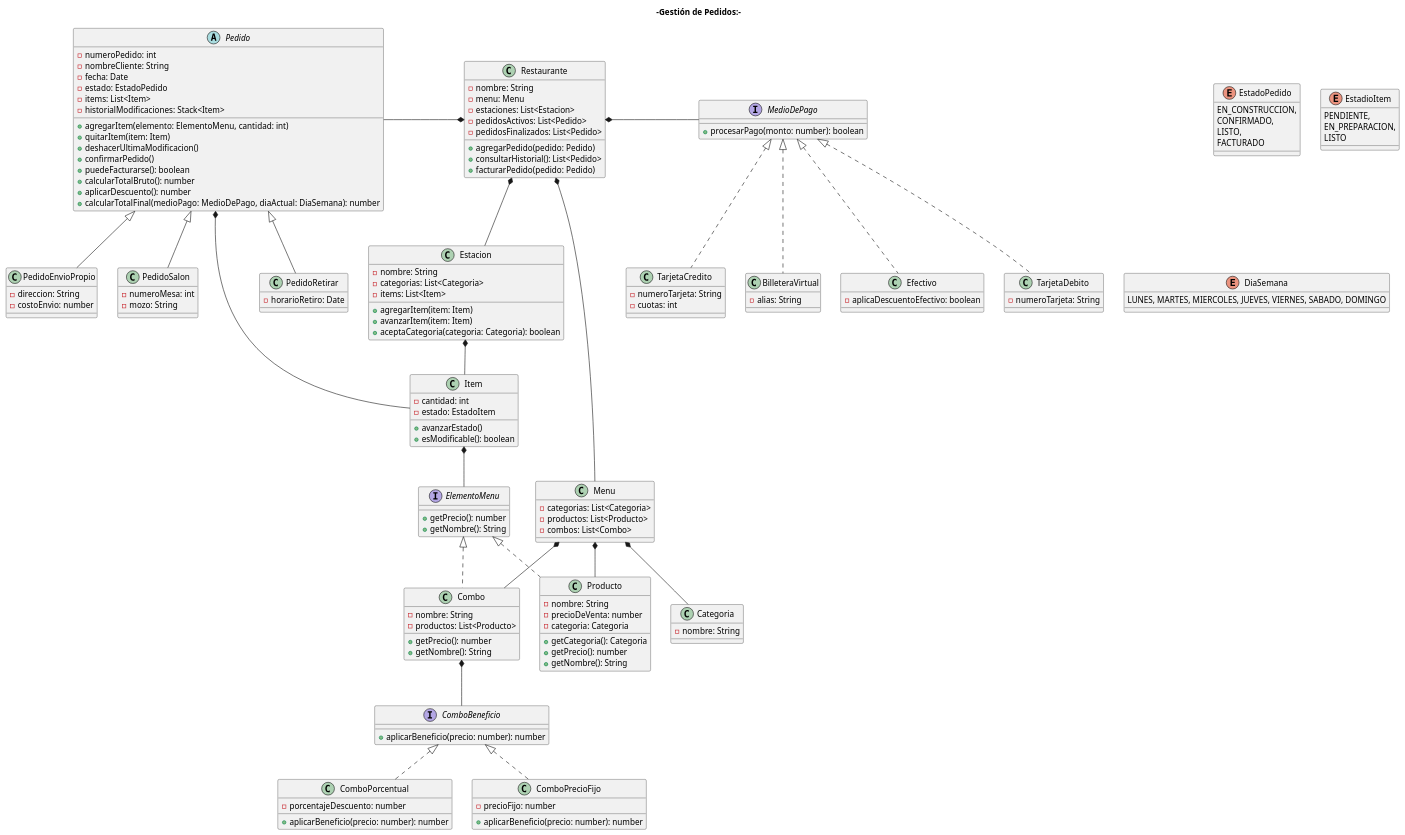
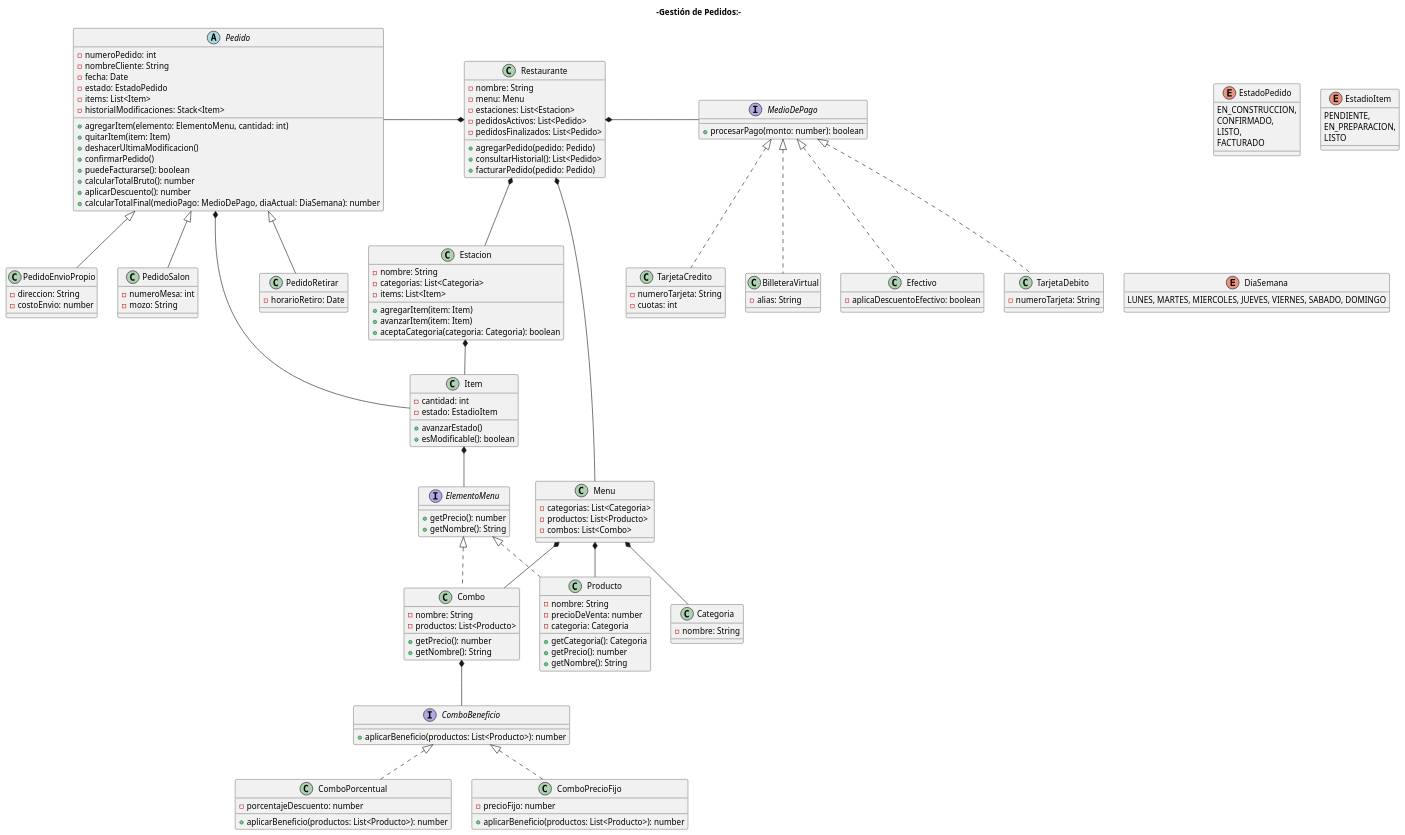
Before and after one commit to JuanJauregui2014/Tp-cuatrimestral-programacion-II: the diagram in diagramas/diagramas.puml, drawn with PlantUML. The commit also changed 1 other file, not shown here.

Commit message:
Modificaciones en UML y clase Efectivo

```diff
--- a/diagramas/diagramas.puml
+++ b/diagramas/diagramas.puml
@@ -1,184 +1,184 @@
-@startuml -Gestión de Pedidos:-
+@startuml
 title -Gestión de Pedidos:-
 class Restaurante {
     -nombre: String
     -menu: Menu
     -estaciones: List<Estacion>
     -pedidosActivos: List<Pedido>
     -pedidosFinalizados: List<Pedido>
 
     +agregarPedido(pedido: Pedido)
     +consultarHistorial(): List<Pedido>
     +facturarPedido(pedido: Pedido)
 }
 
 class Menu {
     -categorias: List<Categoria>
     -productos: List<Producto>
     -combos: List<Combo>
 }
 
 class Categoria {
     -nombre: String
 }
 
 interface ElementoMenu {
     +getPrecio(): number
     +getNombre(): String
 }
 
 class Combo implements ElementoMenu {
     -nombre: String
     -productos: List<Producto>
     +getPrecio(): number
     +getNombre(): String
 }
 
 interface ComboBeneficio {
-    +aplicarBeneficio(precio: number): number
+    +aplicarBeneficio(productos: List<Producto>): number
 }
 
 class ComboPorcentual implements ComboBeneficio {
     -porcentajeDescuento: number
-    +aplicarBeneficio(precio: number): number
+    +aplicarBeneficio(productos: List<Producto>): number
 }
 
 class ComboPrecioFijo implements ComboBeneficio {
     -precioFijo: number
-    +aplicarBeneficio(precio: number): number
+    +aplicarBeneficio(productos: List<Producto>): number
 }
 
 abstract class Pedido {
     -numeroPedido: int
     -nombreCliente: String
     -fecha: Date
     -estado: EstadoPedido
     -items: List<Item>
     -historialModificaciones: Stack<Item>
 
     +agregarItem(elemento: ElementoMenu, cantidad: int)
     +quitarItem(item: Item)
     +deshacerUltimaModificacion()
     +confirmarPedido()
     +puedeFacturarse(): boolean
     +calcularTotalBruto(): number
     +aplicarDescuento(): number
     +calcularTotalFinal(medioPago: MedioDePago, diaActual: DiaSemana): number
 }
 
 class PedidoSalon {
     -numeroMesa: int
     -mozo: String
 }
 
 class PedidoRetirar {
     -horarioRetiro: Date
 }
 
 class PedidoEnvioPropio {
     -direccion: String
     -costoEnvio: number
 }
 
 class Item {
     -cantidad: int
-    -estado: EstadoItem
+    -estado: EstadioItem
     
     +avanzarEstado()
     +esModificable(): boolean
 }
 
 class Estacion {
     -nombre: String
     -categorias: List<Categoria>
     -items: List<Item>
 
     +agregarItem(item: Item)
     +avanzarItem(item: Item)
     +aceptaCategoria(categoria: Categoria): boolean
 }
 
 class Producto implements ElementoMenu {
     -nombre: String
     -precioDeVenta: number
     -categoria: Categoria
     
     +getCategoria(): Categoria
     +getPrecio(): number
     +getNombre(): String
 }
 
 interface MedioDePago {
     +procesarPago(monto: number): boolean
 }
 
 class Efectivo implements MedioDePago {
     -aplicaDescuentoEfectivo: boolean
 }
 
 class TarjetaDebito implements MedioDePago {
     -numeroTarjeta: String
 }
 
 class TarjetaCredito implements MedioDePago {
     -numeroTarjeta: String
     -cuotas: int
 }
 
 class BilleteraVirtual implements MedioDePago {
     -alias: String
 }
 
 /' abstract class Descuento {
      +esAplicable(pedido: Pedido, dia: DiaSemana): boolean
      +calcularMontoDescuento(pedido: Pedido): number
-}
+}   
 
 class DescuentoEfectivo extends Descuento {
     -porcentaje: number
     +esAplicable(pedido: Pedido, dia: DiaSemana): boolean
     +calcularMontoDescuento(pedido: Pedido): number
 }
 
 class DescuentoDiaEspecial extends Descuento {
     -diaObjetivo: DiaSemana
     -porcentaje: number
     +esAplicable(pedido: Pedido, dia: DiaSemana): boolean
     +calcularMontoDescuento(pedido: Pedido): number
 } '/
 
 enum EstadoPedido {
     EN_CONSTRUCCION,
     CONFIRMADO,
     LISTO,
     FACTURADO
 }
 
 enum EstadioItem {
     PENDIENTE,
     EN_PREPARACION,
     LISTO
 }
 
 enum DiaSemana {
     LUNES, MARTES, MIERCOLES, JUEVES, VIERNES, SABADO, DOMINGO
 }
 
 ' Relaciones Estructurales
 Restaurante *-- Menu
 Restaurante  *-- Estacion
 Restaurante *-l-  Pedido
 Restaurante *-r- MedioDePago
 Menu  *-- Categoria
 Menu  *-- Producto
 Menu  *--Combo
 Combo  *--  ComboBeneficio
 Pedido  *--  Item
 Item  *--  ElementoMenu
 Estacion  *-- Item
 
 Pedido <|-- PedidoSalon
 Pedido <|-- PedidoRetirar
 Pedido <|-- PedidoEnvioPropio
 
 @enduml
```
